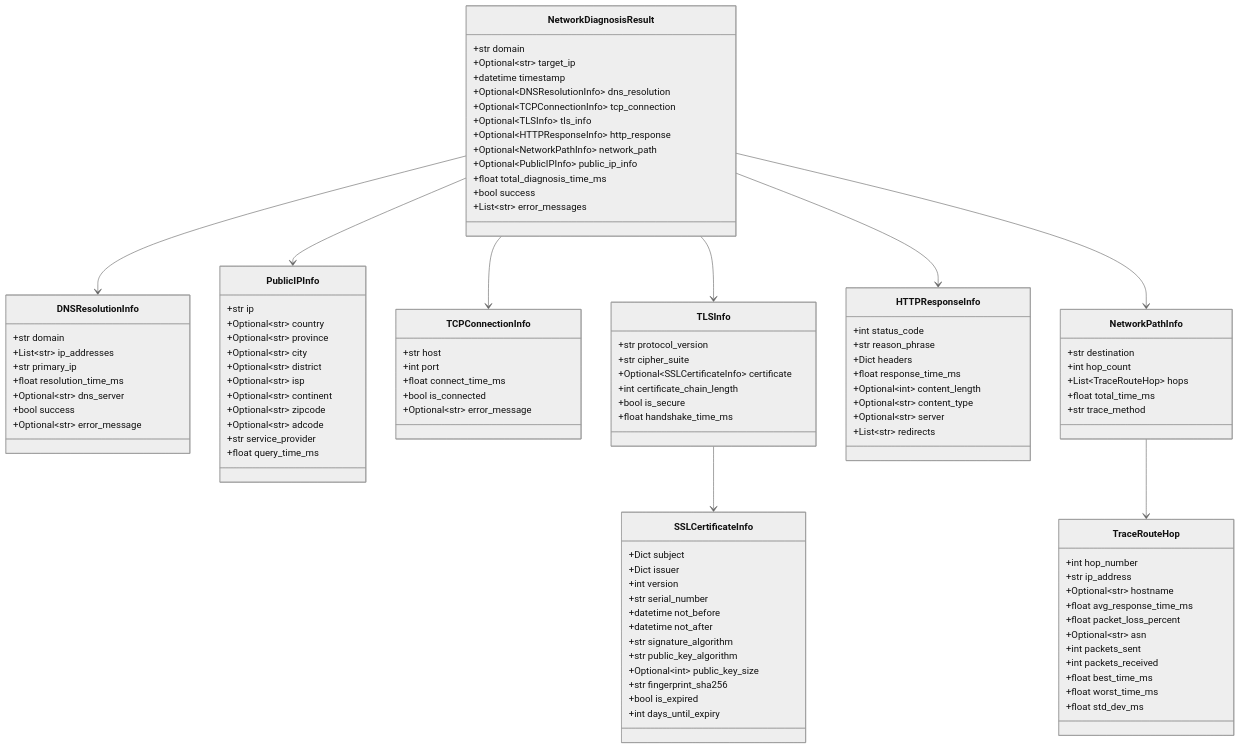
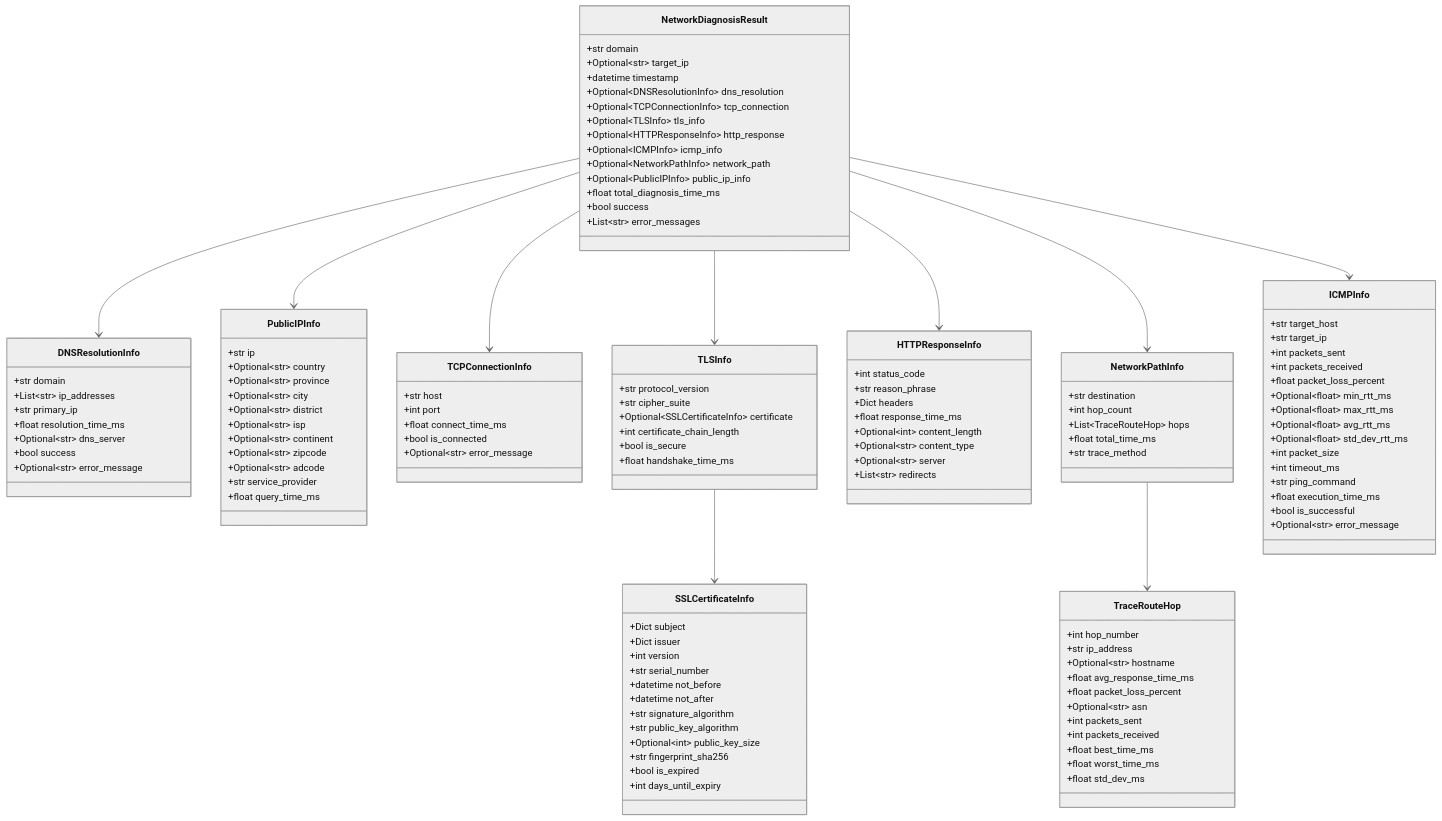
One commit to Matthewyin/probing changed the eighth of 12 diagrams in network-diagnosis/doc/ARCHITECTURE.md. Above: the diagram before and after it, drawn with Mermaid (neutral theme). The commit also changed other lines of this file and 9 other files, not shown here.

```diff
--- a/network-diagnosis/doc/ARCHITECTURE.md
+++ b/network-diagnosis/doc/ARCHITECTURE.md
@@ -525,6 +560,7 @@
         +Optional~TCPConnectionInfo~ tcp_connection
         +Optional~TLSInfo~ tls_info
         +Optional~HTTPResponseInfo~ http_response
+        +Optional~ICMPInfo~ icmp_info
         +Optional~NetworkPathInfo~ network_path
         +Optional~PublicIPInfo~ public_ip_info
         +float total_diagnosis_time_ms
@@ -621,10 +657,29 @@
         +float std_dev_ms
     }
 
+    class ICMPInfo {
+        +str target_host
+        +str target_ip
+        +int packets_sent
+        +int packets_received
+        +float packet_loss_percent
+        +Optional~float~ min_rtt_ms
+        +Optional~float~ max_rtt_ms
+        +Optional~float~ avg_rtt_ms
+        +Optional~float~ std_dev_rtt_ms
+        +int packet_size
+        +int timeout_ms
+        +str ping_command
+        +float execution_time_ms
+        +bool is_successful
+        +Optional~str~ error_message
+    }
+
     NetworkDiagnosisResult --> DNSResolutionInfo
     NetworkDiagnosisResult --> TCPConnectionInfo
     NetworkDiagnosisResult --> TLSInfo
     NetworkDiagnosisResult --> HTTPResponseInfo
+    NetworkDiagnosisResult --> ICMPInfo
     NetworkDiagnosisResult --> NetworkPathInfo
     NetworkDiagnosisResult --> PublicIPInfo
     TLSInfo --> SSLCertificateInfo
```
